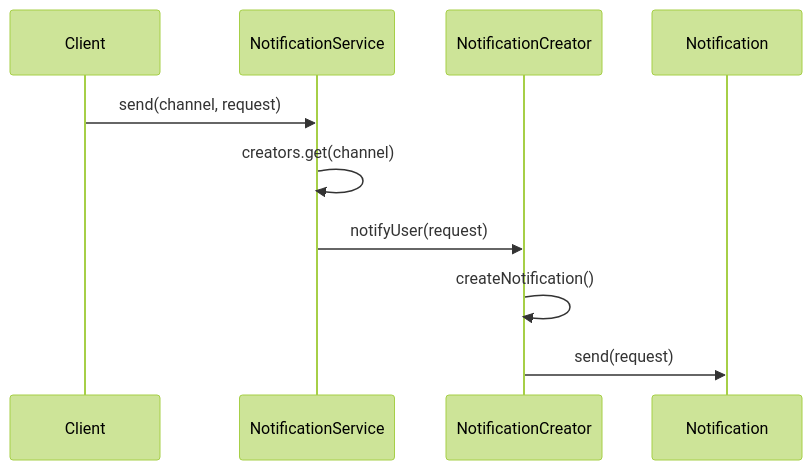
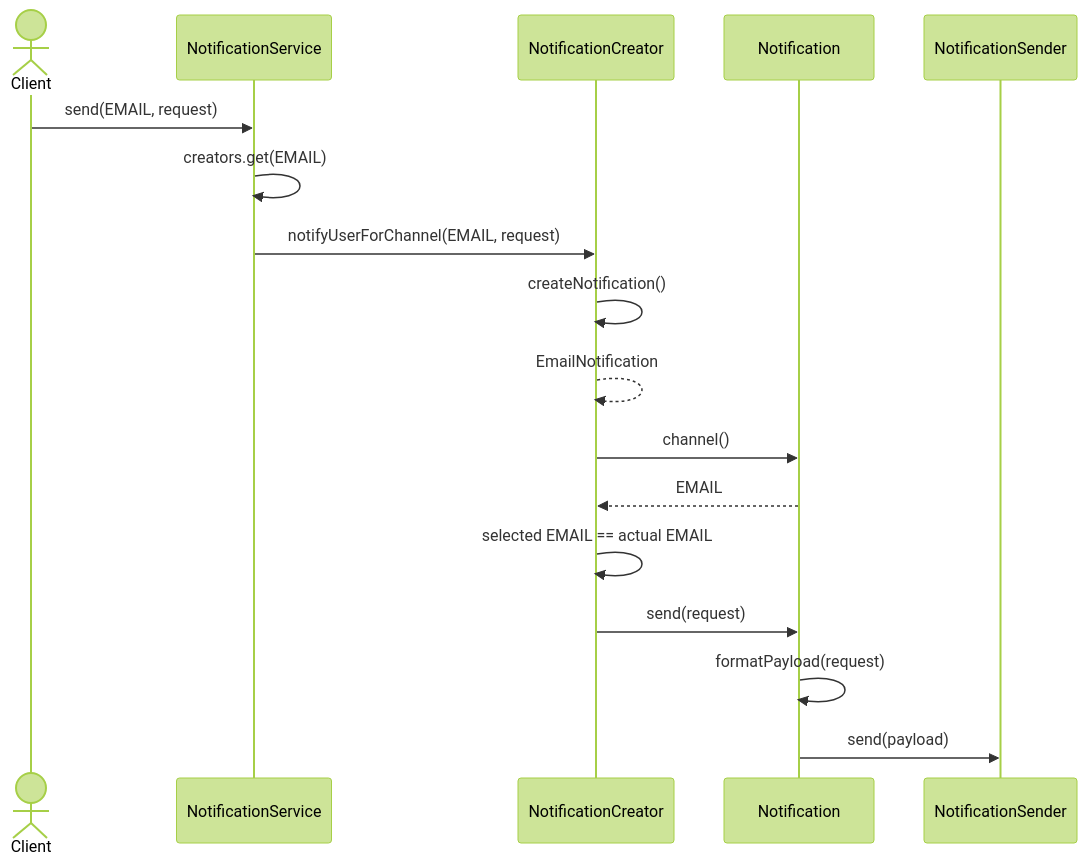
Before and after one commit to TunahanCan/design_pattern: the second of 2 diagrams in src/main/java/com/can/creational/factorymethod/explain/factorymethod.md, drawn with Mermaid (forest theme). The commit also changed other lines of this file and 171 other files, not shown here.

````diff
--- a/src/main/java/com/can/creational/factorymethod/explain/factorymethod.md
+++ b/src/main/java/com/can/creational/factorymethod/explain/factorymethod.md
@@ -79,13 +194,20 @@
 ```mermaid
 sequenceDiagram
-    participant C as Client
-    participant S as NotificationService
-    participant CR as NotificationCreator
-    participant N as Notification
+    actor Client
+    participant Service as NotificationService
+    participant Creator as NotificationCreator
+    participant Product as Notification
+    participant Sender as NotificationSender
 
-    C->>S: send(channel, request)
-    S->>S: creators.get(channel)
-    S->>CR: notifyUser(request)
-    CR->>CR: createNotification()
-    CR->>N: send(request)
+    Client->>Service: send(EMAIL, request)
+    Service->>Service: creators.get(EMAIL)
+    Service->>Creator: notifyUserForChannel(EMAIL, request)
+    Creator->>Creator: createNotification()
+    Creator-->>Creator: EmailNotification
+    Creator->>Product: channel()
+    Product-->>Creator: EMAIL
+    Creator->>Creator: selected EMAIL == actual EMAIL
+    Creator->>Product: send(request)
+    Product->>Product: formatPayload(request)
+    Product->>Sender: send(payload)
 ```
````
